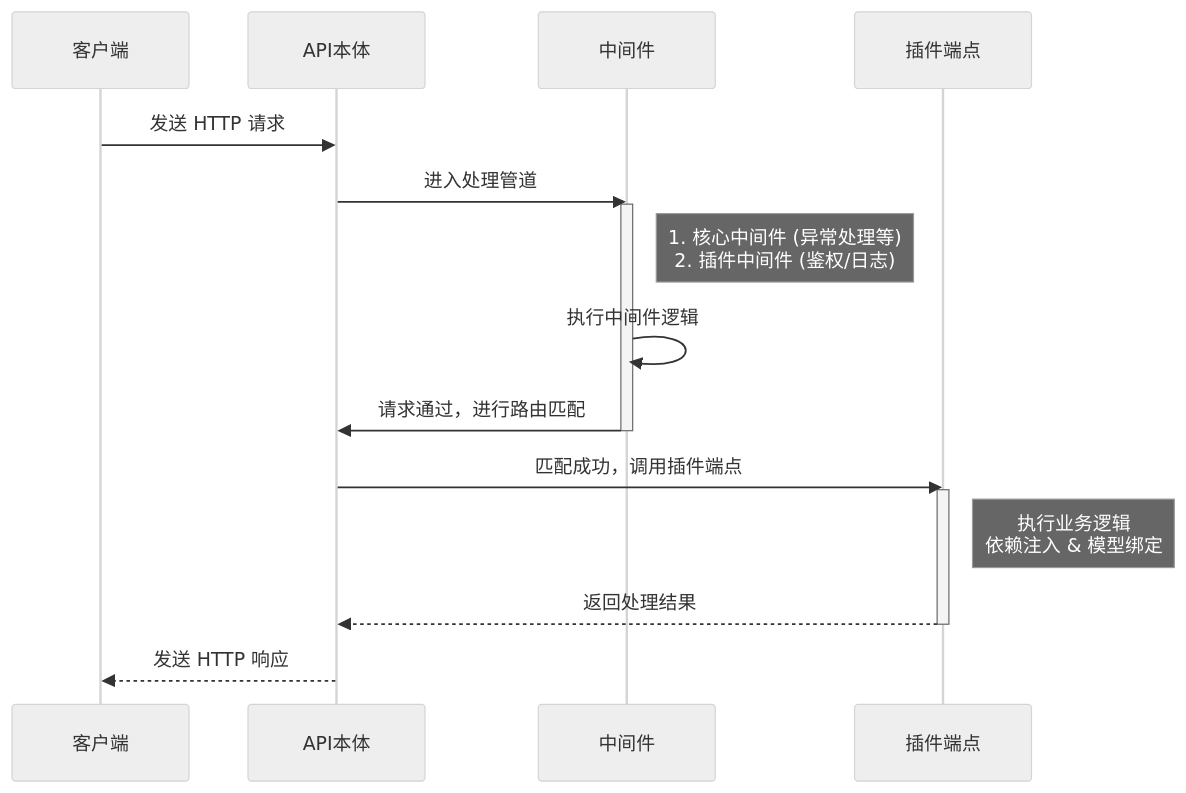
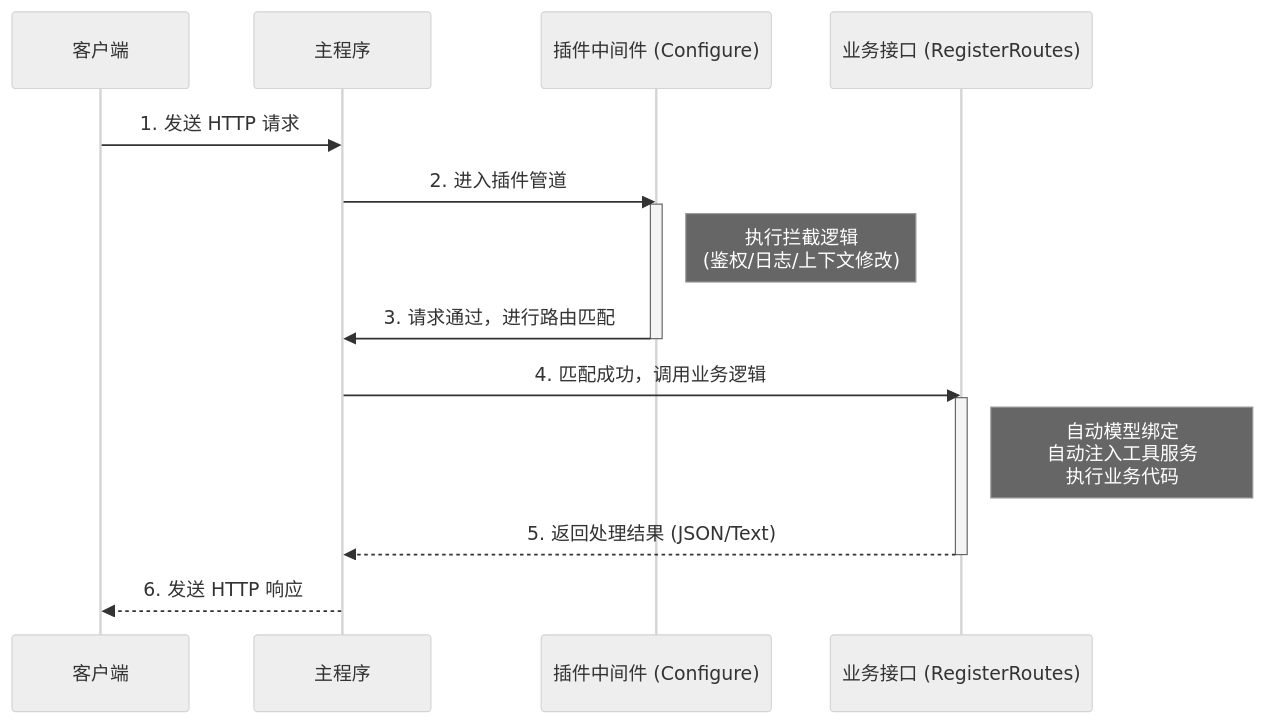
One commit to bleuvenomy/sharwapi_docs changed the diagram in architecture/request-flow.md. Above: the diagram before and after it, drawn with Mermaid. The commit also changed other lines of this file and 15 other files, not shown here.

````diff
--- a/architecture/request-flow.md
+++ b/architecture/request-flow.md
@@ -35,30 +39,29 @@
 ```mermaid
 %%{init: {'theme': 'neutral'}}%%
 sequenceDiagram
     participant Client as 客户端
-    participant Host as API本体
-    participant Middleware as 中间件
-    participant Plugin as 插件端点
+    participant Host as 主程序
+    participant Middleware as 插件中间件 (Configure)
+    participant Endpoint as 业务接口 (RegisterRoutes)
 
-    Client->>Host: 发送 HTTP 请求
+    Client->>Host: 1. 发送 HTTP 请求
     
-    Host->>Middleware: 进入处理管道
+    Host->>Middleware: 2. 进入插件管道
     activate Middleware
     
-    Note right of Middleware: 1. 核心中间件 (异常处理等)<br/>2. 插件中间件 (鉴权/日志)
+    Note right of Middleware: 执行拦截逻辑<br/>(鉴权/日志/上下文修改)
     
-    Middleware->>Middleware: 执行中间件逻辑
-    
-    Middleware->>Host: 请求通过，进行路由匹配
+    Middleware->>Host: 3. 请求通过，进行路由匹配
     deactivate Middleware
     
-    Host->>Plugin: 匹配成功，调用插件端点
-    activate Plugin
+    Host->>Endpoint: 4. 匹配成功，调用业务逻辑
+    activate Endpoint
     
-    Note right of Plugin: 执行业务逻辑<br/>依赖注入 & 模型绑定
+    Note right of Endpoint: 自动模型绑定<br/>自动注入工具服务<br/>执行业务代码
     
-    Plugin-->>Host: 返回处理结果
-    deactivate Plugin
+    Endpoint-->>Host: 5. 返回处理结果 (JSON/Text)
+    deactivate Endpoint
 
-    Host-->>Client: 发送 HTTP 响应
+    Host-->>Client: 6. 发送 HTTP 响应
+
 ```
````
